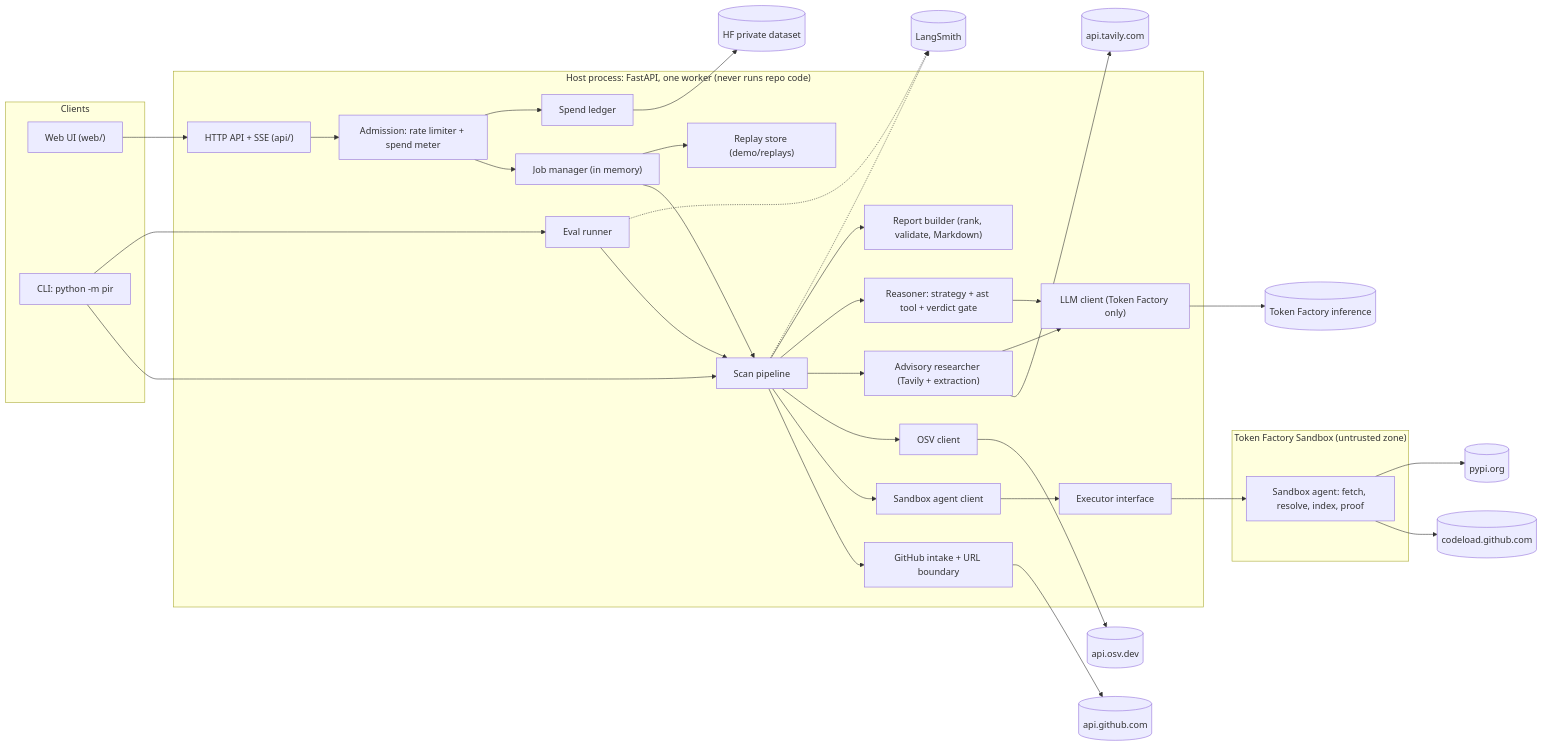
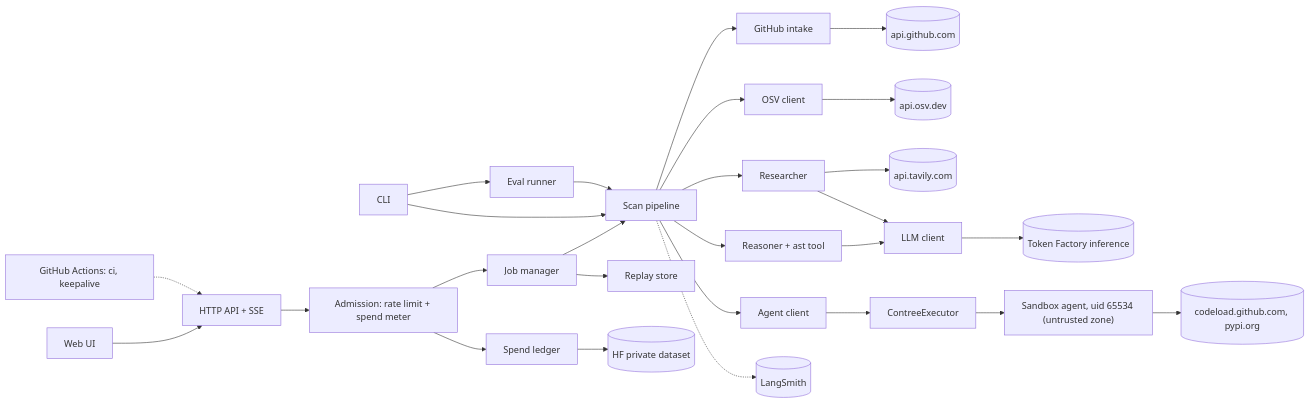
One commit to jegadeesh17/ProveItReachable changed the diagram in docs/ARCHITECTURE.md. Above: the diagram before and after it, drawn with Mermaid. The commit also changed other lines of this file and 11 other files, not shown here.

First line of the commit message:
docs(arch): freeze architecture

````diff
--- a/docs/ARCHITECTURE.md
+++ b/docs/ARCHITECTURE.md
@@ -55,55 +44,18 @@
 ```mermaid
 flowchart LR
-  subgraph clients["Clients"]
-    UI["Web UI (web/)"]
-    CLI["CLI: python -m pir"]
-  end
-  subgraph host["Host process: FastAPI, one worker (never runs repo code)"]
-    API["HTTP API + SSE (api/)"]
-    ADM["Admission: rate limiter + spend meter"]
-    JOBS["Job manager (in memory)"]
-    REPLAY["Replay store (demo/replays)"]
-    PIPE["Scan pipeline"]
-    GH["GitHub intake + URL boundary"]
-    OSVC["OSV client"]
-    RES["Advisory researcher (Tavily + extraction)"]
-    LLM["LLM client (Token Factory only)"]
-    REASON["Reasoner: strategy + ast tool + verdict gate"]
-    BUILD["Report builder (rank, validate, Markdown)"]
-    AGENTC["Sandbox agent client"]
-    EXEC["Executor interface"]
-    LEDGER["Spend ledger"]
-    EVAL["Eval runner"]
-  end
-  subgraph sandbox["Token Factory Sandbox (untrusted zone)"]
-    AGENT["Sandbox agent: fetch, resolve, index, proof"]
-  end
-  GHAPI[("api.github.com")]
-  CODELOAD[("codeload.github.com")]
-  PYPI[("pypi.org")]
-  OSV[("api.osv.dev")]
-  TAV[("api.tavily.com")]
-  TF[("Token Factory inference")]
-  LS[("LangSmith")]
-  HFDS[("HF private dataset")]
-
-  UI --> API
-  CLI --> PIPE
-  CLI --> EVAL
-  EVAL --> PIPE
-  API --> ADM --> JOBS
-  JOBS --> PIPE
-  JOBS --> REPLAY
-  ADM --> LEDGER --> HFDS
-  PIPE --> GH --> GHAPI
-  PIPE --> AGENTC --> EXEC --> AGENT
-  AGENT --> CODELOAD
-  AGENT --> PYPI
-  PIPE --> OSVC --> OSV
-  PIPE --> RES --> TAV
+  UI["Web UI"] --> API["HTTP API + SSE"] --> ADM["Admission: rate limit + spend meter"] --> JOBS["Job manager"]
+  JOBS --> PIPE["Scan pipeline"]
+  JOBS --> REPLAY["Replay store"]
+  CLI["CLI"] --> PIPE
+  CLI --> EVAL["Eval runner"] --> PIPE
+  ADM --> LEDGER["Spend ledger"] --> HFDS[("HF private dataset")]
+  PIPE --> GH["GitHub intake"] --> GHAPI[("api.github.com")]
+  PIPE --> OSVC["OSV client"] --> OSV[("api.osv.dev")]
+  PIPE --> RES["Researcher"] --> TAV[("api.tavily.com")]
+  PIPE --> REASON["Reasoner + ast tool"] --> LLM["LLM client"] --> TF[("Token Factory inference")]
   RES --> LLM
-  PIPE --> REASON --> LLM --> TF
-  PIPE --> BUILD
-  PIPE -.-> LS
-  EVAL -.-> LS
+  PIPE --> AGENTC["Agent client"] --> EXEC["ContreeExecutor"] --> AGENT["Sandbox agent, uid 65534 (untrusted zone)"]
+  AGENT --> NET[("codeload.github.com, pypi.org")]
+  PIPE -.-> LS[("LangSmith")]
+  GHA["GitHub Actions: ci, keepalive"] -.-> API
 ```
````
